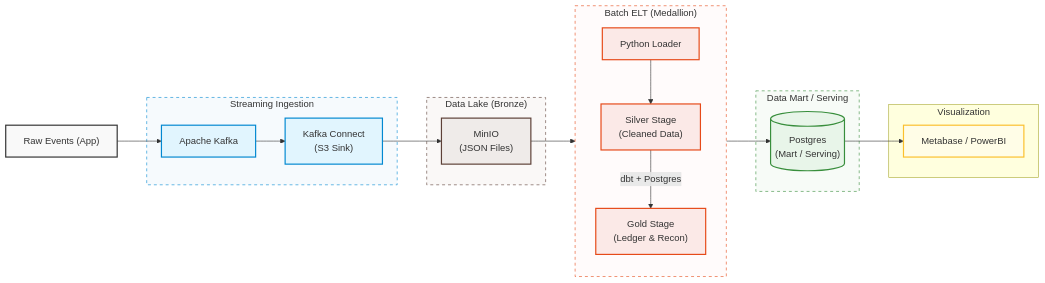
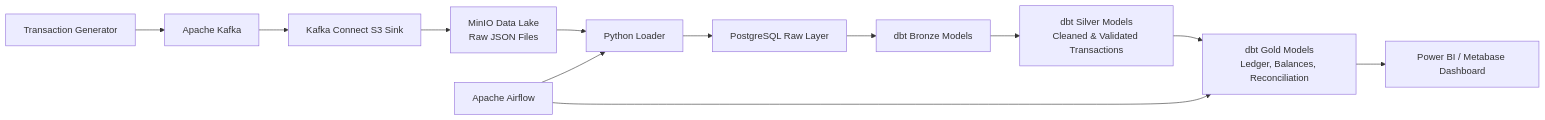
One commit to Litaaya/DataPlatform_DigitalWallet changed the diagram in README.md. Above: the diagram before and after it, drawn with Mermaid. The commit also changed other lines of this file and 1 other file, not shown here.

````diff
--- a/README.md
+++ b/README.md
@@ -11,50 +20,18 @@
 ```mermaid
 graph LR
-    classDef appStyle fill:#f9f9f9,stroke:#333,stroke-width:2px;
-    classDef streamingStyle fill:#e1f5fe,stroke:#0288d1,stroke-width:2px;
-    classDef storageStyle fill:#efebe9,stroke:#5d4037,stroke-width:2px;
-    classDef dbtStyle fill:#fbe9e7,stroke:#e64a19,stroke-width:2px;
-    classDef dbStyle fill:#e8f5e9,stroke:#388e3c,stroke-width:2px;
-    classDef biStyle fill:#fffde7,stroke:#fbc02d,stroke-width:2px;
+    App["Transaction Generator"] --> Kafka["Apache Kafka"]
+    Kafka --> Connect["Kafka Connect S3 Sink"]
+    Connect --> MinIO["MinIO Data Lake<br/>Raw JSON Files"]
 
-    App["Raw Events (App)"]:::appStyle
-    
-    subgraph Streaming_Layer ["Streaming Ingestion"]
-        Kafka["Apache Kafka"]:::streamingStyle
-        KConnect["Kafka Connect <br> (S3 Sink)"]:::streamingStyle
-    end
+    MinIO --> Loader["Python Loader"]
+    Loader --> Raw["PostgreSQL Raw Layer"]
 
-    subgraph Storage_Layer ["Data Lake (Bronze)"]
-        MinIO["MinIO <br> (JSON Files)"]:::storageStyle
-    end
+    Raw --> Bronze["dbt Bronze Models"]
+    Bronze --> Silver["dbt Silver Models<br/>Cleaned & Validated Transactions"]
+    Silver --> Gold["dbt Gold Models<br/>Ledger, Balances, Reconciliation"]
 
-    subgraph Transformation_Layer ["Batch ELT (Medallion)"]
-        direction TB
-        Loader["Python Loader"]:::dbtStyle
-        Silver["Silver Stage <br> (Cleaned Data)"]:::dbtStyle
-        Gold["Gold Stage <br> (Ledger & Recon)"]:::dbtStyle
-        
-        Loader --> Silver
-        Silver -->|dbt + Postgres| Gold
-    end
+    Gold --> BI["Power BI / Metabase Dashboard"]
 
-    subgraph Serving_Layer ["Data Mart / Serving"]
-        Postgres[("Postgres <br> (Mart / Serving)")]:::dbStyle
-    end
-
-    subgraph BI_Layer ["Visualization"]
-        BI["Metabase / PowerBI"]:::biStyle
-    end
-
-    App --> Kafka
-    Kafka --> KConnect
-    KConnect --> MinIO
-    MinIO --> Loader
-    Gold --> Postgres
-    Postgres --> BI
-
-    style Streaming_Layer fill:#f6fafd,stroke:#0288d1,stroke-dasharray: 5 5
-    style Storage_Layer fill:#faf8f7,stroke:#5d4037,stroke-dasharray: 5 5
-    style Transformation_Layer fill:#fffbfb,stroke:#e64a19,stroke-dasharray: 5 5
-    style Serving_Layer fill:#f7fbf7,stroke:#388e3c,stroke-dasharray: 5 5
+    Airflow["Apache Airflow"] --> Loader
+    Airflow --> Gold
 ```
````
